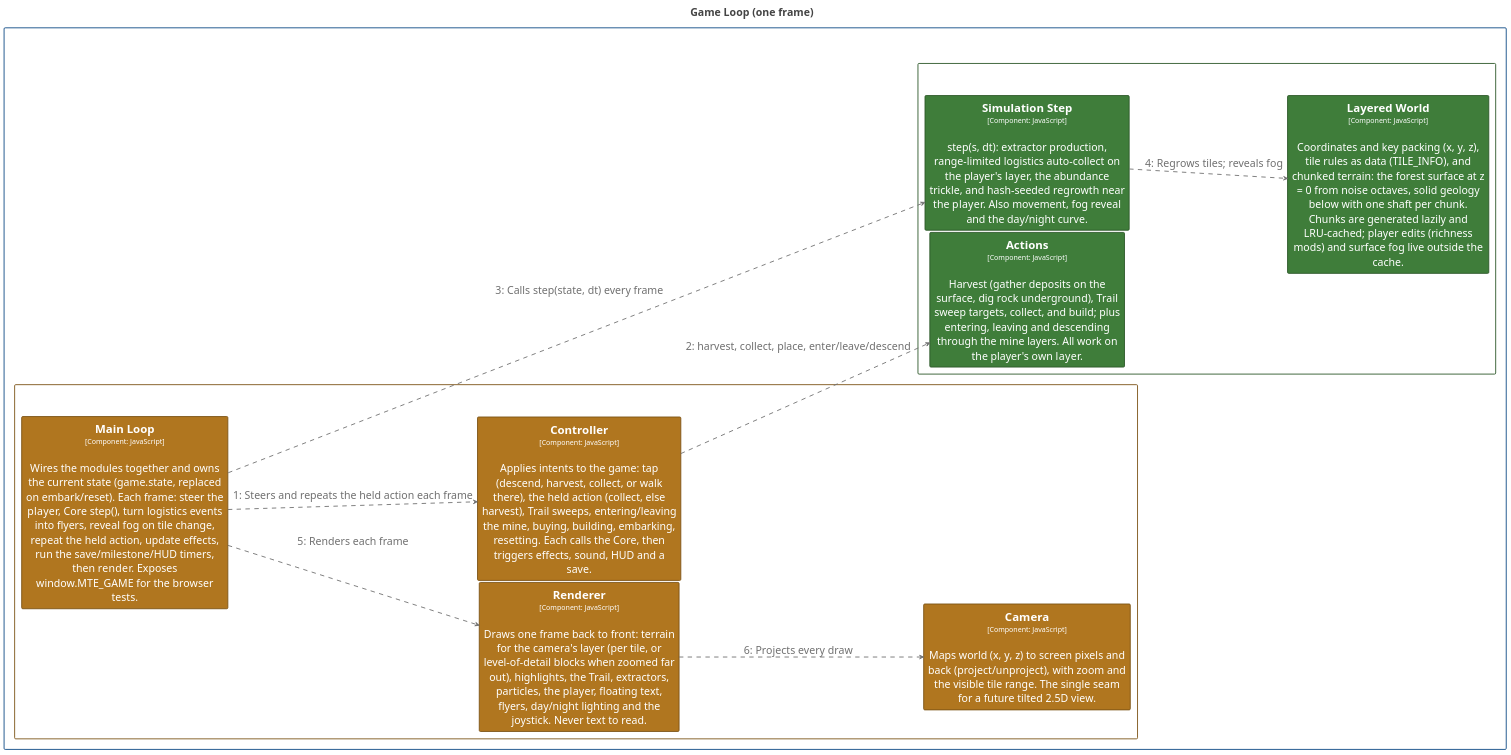
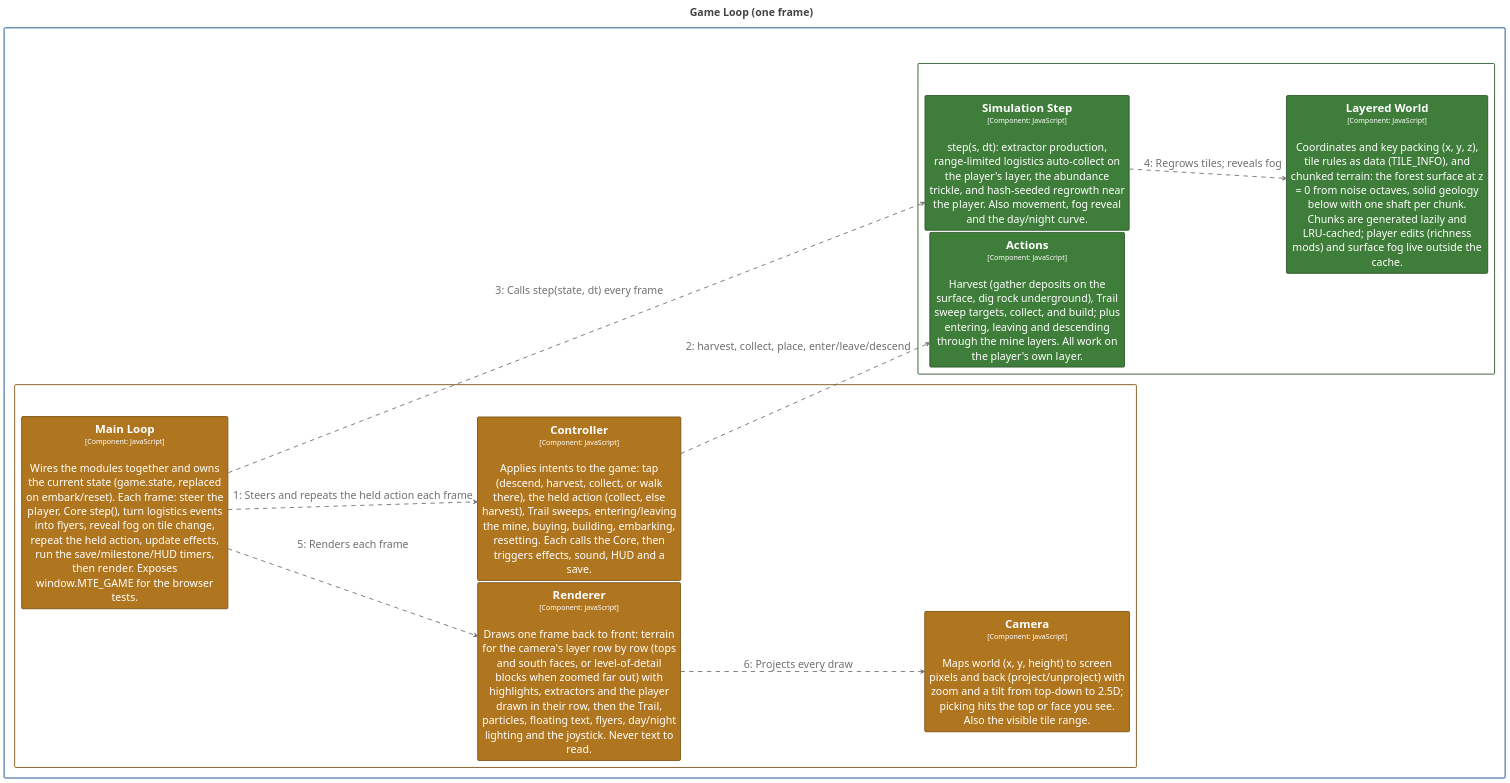
One commit to bitkojine/more-than-enough changed the diagram in structurizr/diagrams/GameLoop.puml. Above: the diagram before and after it, drawn with PlantUML. The commit also changed 26 other files, not shown here.

First line of the commit message:
v0.21.0: tilted 2.5D view, performance panel, fail loud

```diff
--- a/structurizr/diagrams/GameLoop.puml
+++ b/structurizr/diagrams/GameLoop.puml
@@ -2,106 +2,106 @@
 @startuml
 title <size:24>Game Loop (one frame)</size>
 
 set separator none
 left to right direction
 skinparam ranksep 20
 skinparam nodesep 5
 hide stereotype
 
 <style>
   root {
     BackgroundColor: #ffffff;
     FontColor: #444444;
   }
   // Element,Component,Core Engine
   .Element-RWxlbWVudCxDb21wb25lbnQsQ29yZSBFbmdpbmU= {
     BackgroundColor: #3f7d3a;
     LineColor: #2c5728;
     LineStyle: 0;
     LineThickness: 2;
     FontColor: #ffffff;
     FontSize: 24;
     HorizontalAlignment: center;
     Shadowing: 0;
     MaximumWidth: 450;
   }
   // Element,Component,Presentation
   .Element-RWxlbWVudCxDb21wb25lbnQsUHJlc2VudGF0aW9u {
     BackgroundColor: #b0761f;
     LineColor: #7b5215;
     LineStyle: 0;
     LineThickness: 2;
     FontColor: #ffffff;
     FontSize: 24;
     HorizontalAlignment: center;
     Shadowing: 0;
     MaximumWidth: 450;
   }
   // Relationship
   .Relationship-UmVsYXRpb25zaGlw {
     LineThickness: 2;
     LineStyle: 10-10;
     LineColor: #707070;
     FontColor: #707070;
     FontSize: 24;
     MaximumWidth: 200;
   }
   // MORE THAN ENOUGH
   .Boundary-TU9SRSBUSEFOIEVOT1VHSA== {
     BackgroundColor: #ffffff;
     LineColor: #0b4884;
     LineStyle: 0;
     LineThickness: 2;
     FontColor: #ffffff;
     FontSize: 24;
     HorizontalAlignment: center;
     Shadowing: 0;
   }
   // Simulation Core
   .Boundary-U2ltdWxhdGlvbiBDb3Jl {
     BackgroundColor: #ffffff;
     LineColor: #2c5728;
     LineStyle: 0;
     LineThickness: 2;
     FontColor: #ffffff;
     FontSize: 24;
     HorizontalAlignment: center;
     Shadowing: 0;
   }
   // Web Application
   .Boundary-V2ViIEFwcGxpY2F0aW9u {
     BackgroundColor: #ffffff;
     LineColor: #7b5215;
     LineStyle: 0;
     LineThickness: 2;
     FontColor: #ffffff;
     FontSize: 24;
     HorizontalAlignment: center;
     Shadowing: 0;
   }
 </style>
 
 rectangle "MORE THAN ENOUGH\n<size:16>[Software System]</size>" <<Boundary-TU9SRSBUSEFOIEVOT1VHSA==>> {
   rectangle "Simulation Core\n<size:16>[Container: JavaScript modules (browser + Node)]</size>" <<Boundary-U2ltdWxhdGlvbiBDb3Jl>> {
     rectangle "==Layered World\n<size:16>[Component: JavaScript]</size>\n\nCoordinates and key packing (x, y, z), tile rules as data (TILE_INFO), and chunked terrain: the forest surface at z = 0 from noise octaves, solid geology below with one shaft per chunk. Chunks are generated lazily and LRU-cached; player edits (richness mods) and surface fog live outside the cache." <<Element-RWxlbWVudCxDb21wb25lbnQsQ29yZSBFbmdpbmU=>> as MORETHANENOUGH.SimulationCore.LayeredWorld
     rectangle "==Simulation Step\n<size:16>[Component: JavaScript]</size>\n\nstep(s, dt): extractor production, range-limited logistics auto-collect on the player's layer, the abundance trickle, and hash-seeded regrowth near the player. Also movement, fog reveal and the day/night curve." <<Element-RWxlbWVudCxDb21wb25lbnQsQ29yZSBFbmdpbmU=>> as MORETHANENOUGH.SimulationCore.SimulationStep
     rectangle "==Actions\n<size:16>[Component: JavaScript]</size>\n\nHarvest (gather deposits on the surface, dig rock underground), Trail sweep targets, collect, and build; plus entering, leaving and descending through the mine layers. All work on the player's own layer." <<Element-RWxlbWVudCxDb21wb25lbnQsQ29yZSBFbmdpbmU=>> as MORETHANENOUGH.SimulationCore.Actions
   }
 
   rectangle "Web Application\n<size:16>[Container: HTML/CSS/JavaScript modules]</size>" <<Boundary-V2ViIEFwcGxpY2F0aW9u>> {
     rectangle "==Main Loop\n<size:16>[Component: JavaScript]</size>\n\nWires the modules together and owns the current state (game.state, replaced on embark/reset). Each frame: steer the player, Core step(), turn logistics events into flyers, reveal fog on tile change, repeat the held action, update effects, run the save/milestone/HUD timers, then render. Exposes window.MTE_GAME for the browser tests." <<Element-RWxlbWVudCxDb21wb25lbnQsUHJlc2VudGF0aW9u>> as MORETHANENOUGH.WebApplication.MainLoop
     rectangle "==Controller\n<size:16>[Component: JavaScript]</size>\n\nApplies intents to the game: tap (descend, harvest, collect, or walk there), the held action (collect, else harvest), Trail sweeps, entering/leaving the mine, buying, building, embarking, resetting. Each calls the Core, then triggers effects, sound, HUD and a save." <<Element-RWxlbWVudCxDb21wb25lbnQsUHJlc2VudGF0aW9u>> as MORETHANENOUGH.WebApplication.Controller
-    rectangle "==Camera\n<size:16>[Component: JavaScript]</size>\n\nMaps world (x, y, z) to screen pixels and back (project/unproject), with zoom and the visible tile range. The single seam for a future tilted 2.5D view." <<Element-RWxlbWVudCxDb21wb25lbnQsUHJlc2VudGF0aW9u>> as MORETHANENOUGH.WebApplication.Camera
-    rectangle "==Renderer\n<size:16>[Component: JavaScript]</size>\n\nDraws one frame back to front: terrain for the camera's layer (per tile, or level-of-detail blocks when zoomed far out), highlights, the Trail, extractors, particles, the player, floating text, flyers, day/night lighting and the joystick. Never text to read." <<Element-RWxlbWVudCxDb21wb25lbnQsUHJlc2VudGF0aW9u>> as MORETHANENOUGH.WebApplication.Renderer
+    rectangle "==Camera\n<size:16>[Component: JavaScript]</size>\n\nMaps world (x, y, height) to screen pixels and back (project/unproject) with zoom and a tilt from top-down to 2.5D; picking hits the top or face you see. Also the visible tile range." <<Element-RWxlbWVudCxDb21wb25lbnQsUHJlc2VudGF0aW9u>> as MORETHANENOUGH.WebApplication.Camera
+    rectangle "==Renderer\n<size:16>[Component: JavaScript]</size>\n\nDraws one frame back to front: terrain for the camera's layer row by row (tops and south faces, or level-of-detail blocks when zoomed far out) with highlights, extractors and the player drawn in their row, then the Trail, particles, floating text, flyers, day/night lighting and the joystick. Never text to read." <<Element-RWxlbWVudCxDb21wb25lbnQsUHJlc2VudGF0aW9u>> as MORETHANENOUGH.WebApplication.Renderer
   }
 
 }
 
 MORETHANENOUGH.WebApplication.MainLoop --> MORETHANENOUGH.WebApplication.Controller <<Relationship-UmVsYXRpb25zaGlw>> : "1: Steers and repeats the held action each frame"
 MORETHANENOUGH.WebApplication.Controller --> MORETHANENOUGH.SimulationCore.Actions <<Relationship-UmVsYXRpb25zaGlw>> : "2: harvest, collect, place, enter/leave/descend"
 MORETHANENOUGH.WebApplication.MainLoop --> MORETHANENOUGH.SimulationCore.SimulationStep <<Relationship-UmVsYXRpb25zaGlw>> : "3: Calls step(state, dt) every frame"
 MORETHANENOUGH.SimulationCore.SimulationStep --> MORETHANENOUGH.SimulationCore.LayeredWorld <<Relationship-UmVsYXRpb25zaGlw>> : "4: Regrows tiles; reveals fog"
 MORETHANENOUGH.WebApplication.MainLoop --> MORETHANENOUGH.WebApplication.Renderer <<Relationship-UmVsYXRpb25zaGlw>> : "5: Renders each frame"
 MORETHANENOUGH.WebApplication.Renderer --> MORETHANENOUGH.WebApplication.Camera <<Relationship-UmVsYXRpb25zaGlw>> : "6: Projects every draw"
 
 @enduml
```
